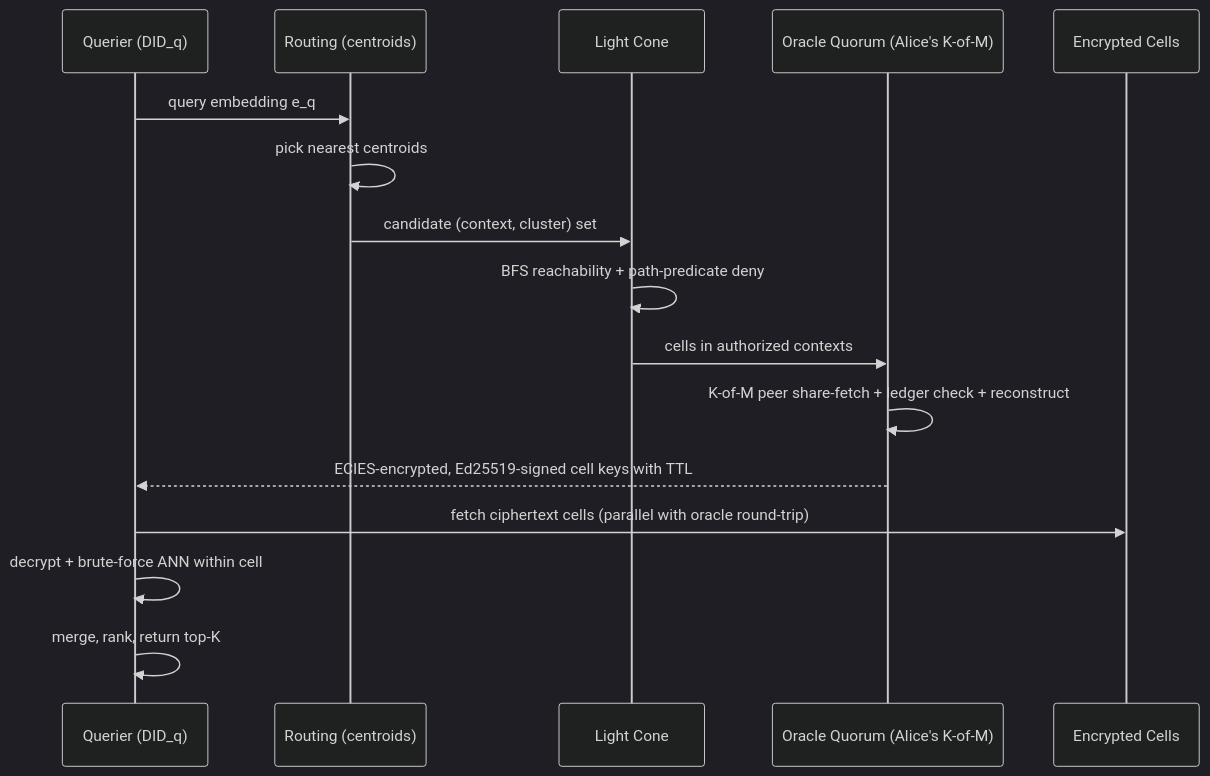
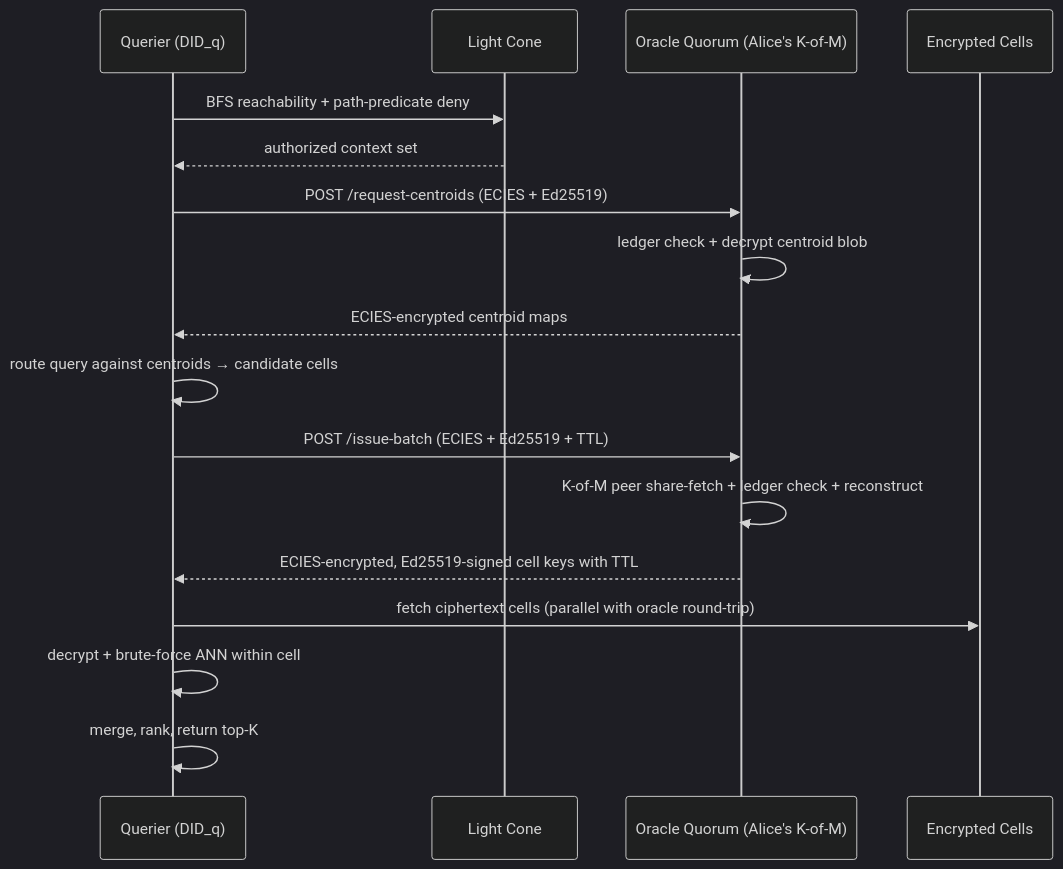
Before and after one commit to Agience/flare-index: the second of 5 diagrams in paper/flare.md, drawn with Mermaid (dark theme). The commit also changed other lines of this file and 29 other files, not shown here.

````diff
--- a/paper/flare.md
+++ b/paper/flare.md
@@ -77,18 +77,19 @@
 ```mermaid
 sequenceDiagram
     participant U as Querier (DID_q)
-    participant R as Routing (centroids)
     participant L as Light Cone
     participant O as Oracle Quorum (Alice's K-of-M)
     participant SD as Encrypted Cells
-    U->>R: query embedding e_q
-    R->>R: pick nearest centroids
-    R->>L: candidate (context, cluster) set
-    L->>L: BFS reachability + path-predicate deny
-    L->>O: cells in authorized contexts
+    U->>L: BFS reachability + path-predicate deny
+    L-->>U: authorized context set
+    U->>O: POST /request-centroids (ECIES + Ed25519)
+    O->>O: ledger check + decrypt centroid blob
+    O-->>U: ECIES-encrypted centroid maps
+    U->>U: route query against centroids → candidate cells
+    U->>O: POST /issue-batch (ECIES + Ed25519 + TTL)
     O->>O: K-of-M peer share-fetch + ledger check + reconstruct
     O-->>U: ECIES-encrypted, Ed25519-signed cell keys with TTL
     U->>SD: fetch ciphertext cells (parallel with oracle round-trip)
     U->>U: decrypt + brute-force ANN within cell
     U->>U: merge, rank, return top-K
 ```
````
